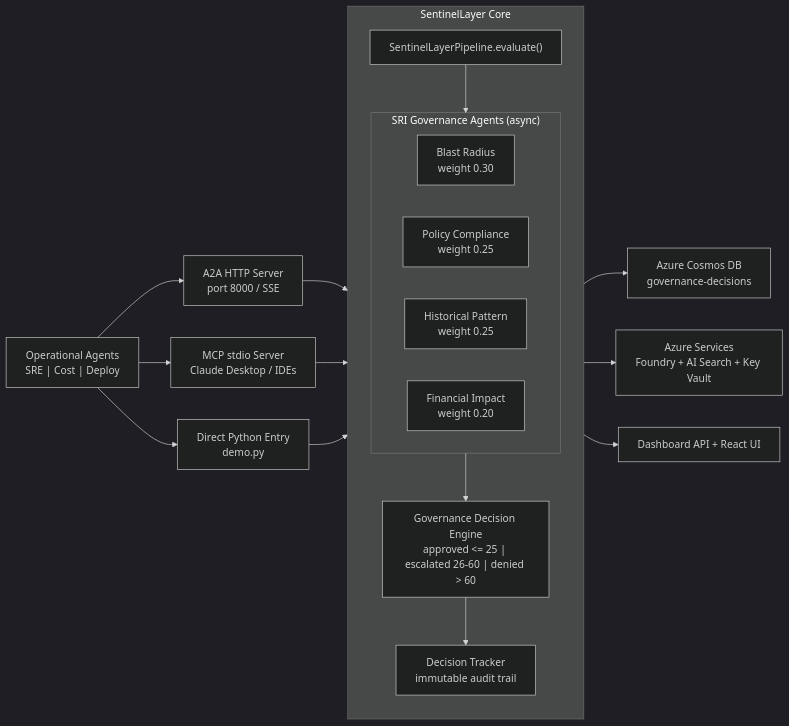
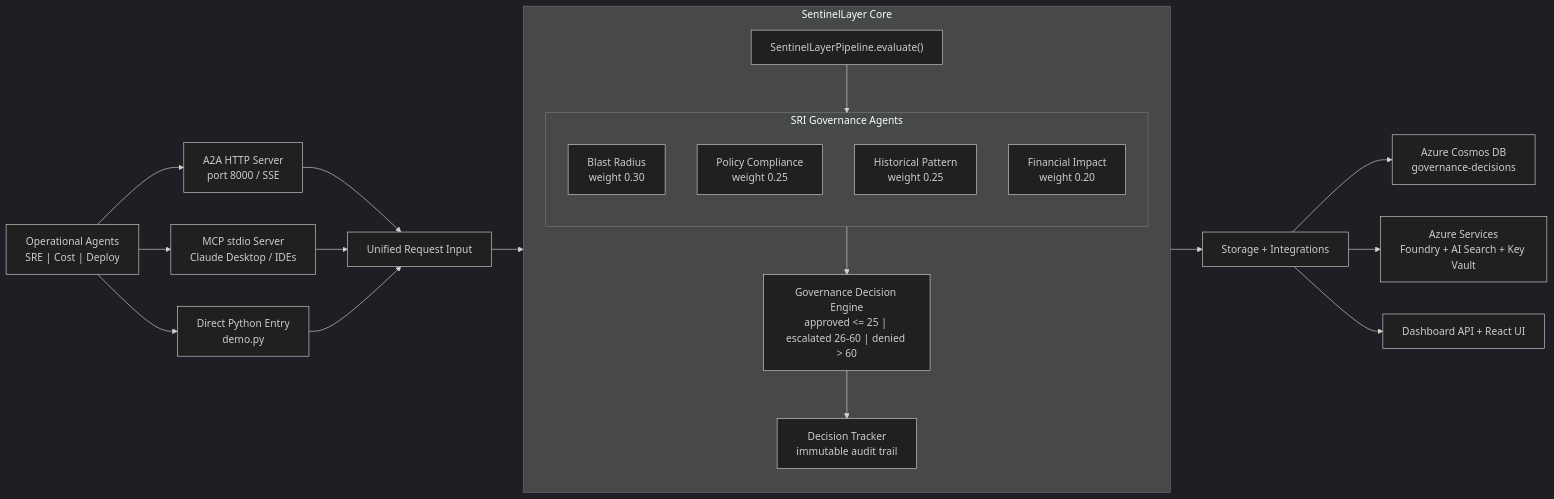
The diagram in README.md (psc0des/sentinellayer), drawn with Mermaid (dark theme) before and after one commit.

Commit message:
docs: refine Mermaid diagram with funnel and fan-out nodes
Add unified IN node (three entry paths → pipeline) and OUT node
(tracker → Cosmos DB / Azure Services / Dashboard) for cleaner flow.
Change SRI agents subgraph direction to TB.

````diff
--- a/README.md
+++ b/README.md
@@ -69,36 +69,40 @@
 ```mermaid
 flowchart LR
     OPS["Operational Agents<br/>SRE | Cost | Deploy"]
     A2A["A2A HTTP Server<br/>port 8000 / SSE"]
     MCP["MCP stdio Server<br/>Claude Desktop / IDEs"]
     PY["Direct Python Entry<br/>demo.py"]
+    IN["Unified Request Input"]
 
     OPS --> A2A
     OPS --> MCP
     OPS --> PY
+    A2A --> IN
+    MCP --> IN
+    PY --> IN
 
     subgraph CORE["SentinelLayer Core"]
         direction TB
         PIPE["SentinelLayerPipeline.evaluate()"]
 
-        subgraph GOV["SRI Governance Agents (async)"]
-            direction LR
+        subgraph GOV["SRI Governance Agents"]
+            direction TB
             BR["Blast Radius<br/>weight 0.30"]
             POL["Policy Compliance<br/>weight 0.25"]
             HIST["Historical Pattern<br/>weight 0.25"]
             FIN["Financial Impact<br/>weight 0.20"]
         end
 
         PIPE --> GOV
         GOV --> ENGINE["Governance Decision Engine<br/>approved <= 25 | escalated 26-60 | denied > 60"]
         ENGINE --> TRACKER["Decision Tracker<br/>immutable audit trail"]
     end
 
-    A2A --> PIPE
-    MCP --> PIPE
-    PY --> PIPE
+    IN --> PIPE
 
-    TRACKER --> COSMOS["Azure Cosmos DB<br/>governance-decisions"]
-    TRACKER --> AZURE["Azure Services<br/>Foundry + AI Search + Key Vault"]
-    TRACKER --> DASH["Dashboard API + React UI"]
+    OUT["Storage + Integrations"]
+    TRACKER --> OUT
+    OUT --> COSMOS["Azure Cosmos DB<br/>governance-decisions"]
+    OUT --> AZURE["Azure Services<br/>Foundry + AI Search + Key Vault"]
+    OUT --> DASH["Dashboard API + React UI"]
 ```
````
